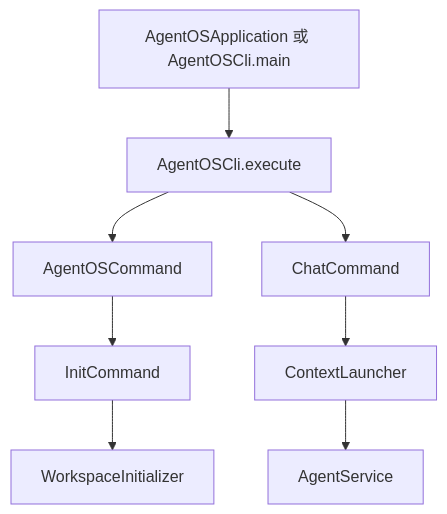
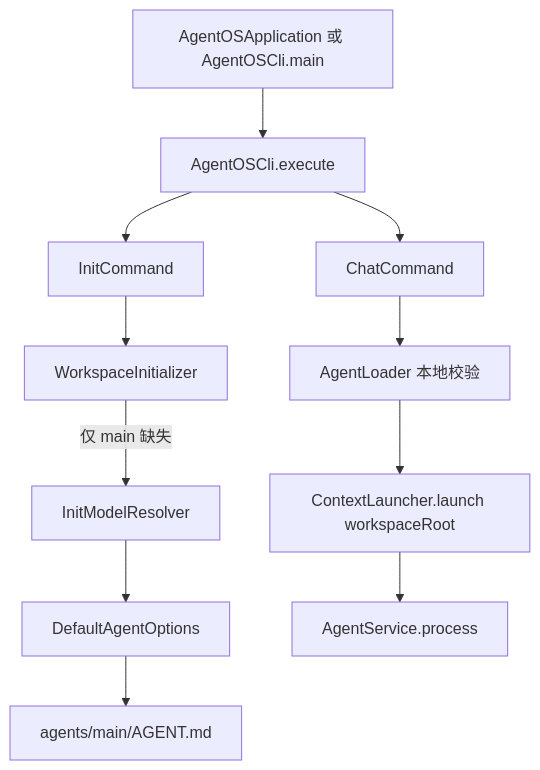
The diagram in docs/code-reading/AgentOS-cli.md (wangkaiqistart/agent-os), drawn with Mermaid before and after one commit. The commit also changed other lines of this file and 5 other files, not shown here.

````diff
--- a/docs/code-reading/AgentOS-cli.md
+++ b/docs/code-reading/AgentOS-cli.md
@@ -9,10 +9,13 @@
 ```mermaid
 flowchart TD
     Main[AgentOSApplication 或 AgentOSCli.main] --> Execute[AgentOSCli.execute]
-    Execute --> Root[AgentOSCommand]
-    Root --> Init[InitCommand]
+    Execute --> Init[InitCommand]
     Execute --> Chat[ChatCommand]
-    Init --> Workspace[WorkspaceInitializer]
-    Chat --> Launcher[ContextLauncher]
-    Launcher --> Service[AgentService]
+    Init --> Files[WorkspaceInitializer]
+    Files -->|仅 main 缺失| Resolver[InitModelResolver]
+    Resolver --> Options[DefaultAgentOptions]
+    Options --> Agent[agents/main/AGENT.md]
+    Chat --> Validate[AgentLoader 本地校验]
+    Validate --> Launcher[ContextLauncher.launch workspaceRoot]
+    Launcher --> Service[AgentService.process]
 ```
````
